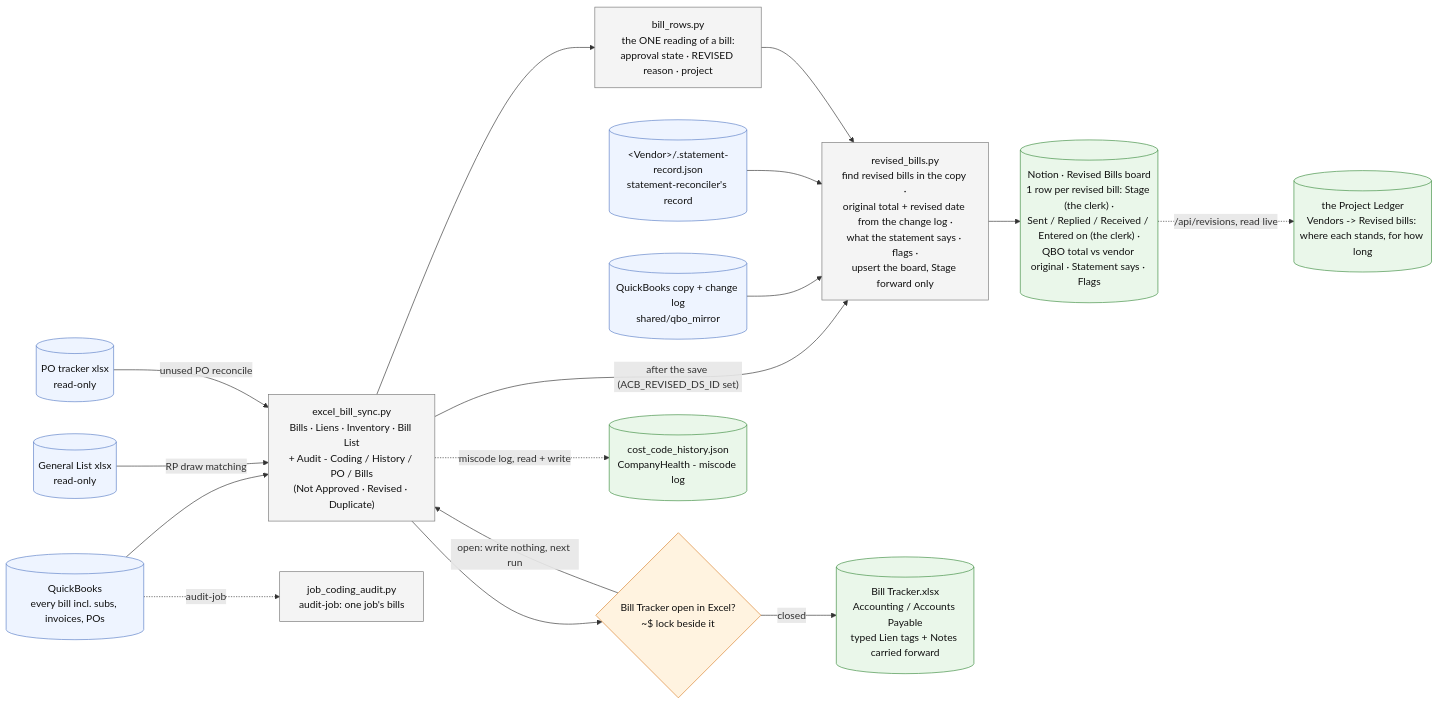
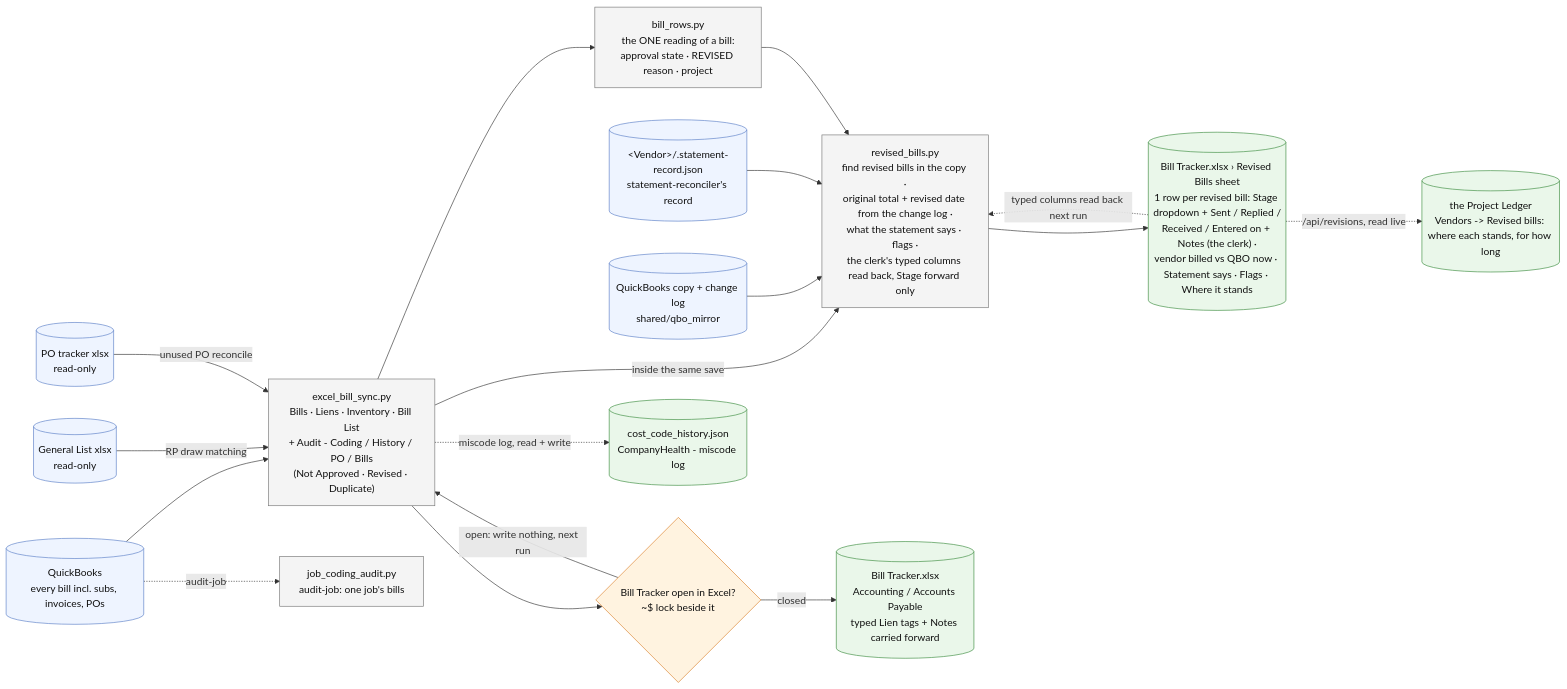
One commit to Ecarlo-Proficient/Claude-Report changed the diagram in bill-tracker/FLOW.md. Above: the diagram before and after it, drawn with Mermaid. The commit also changed other lines of this file and 15 other files, not shown here.

First line of the commit message:
bill-tracker + shared + ledger: the REVISED-bill process lives in the Bill Tracker (owner: "keep the process in the Excel, forget about Notion - it's only the Excel")

````diff
--- a/bill-tracker/FLOW.md
+++ b/bill-tracker/FLOW.md
@@ -8,39 +8,40 @@
 ```mermaid
 flowchart LR
     classDef src fill:#eef4ff,stroke:#5b7fc7,color:#111
     classDef tool fill:#f4f4f4,stroke:#777,color:#111
     classDef gate fill:#fff3e0,stroke:#d9822b,color:#111
     classDef out fill:#eaf7ea,stroke:#3c8d40,color:#111
 
     QBO[("QuickBooks<br/>every bill incl. subs, invoices, POs")]:::src
     MIR[("QuickBooks copy + change log<br/>shared/qbo_mirror")]:::src
     GL[("General List xlsx<br/>read-only")]:::src
     POT[("PO tracker xlsx<br/>read-only")]:::src
     SREC[("&lt;Vendor&gt;/.statement-record.json<br/>statement-reconciler's record")]:::src
     LOCK{"Bill Tracker open in Excel?<br/>~$ lock beside it"}:::gate
 
     BT["excel_bill_sync.py<br/>Bills · Liens · Inventory · Bill List<br/>+ Audit - Coding / History / PO / Bills<br/>(Not Approved · Revised · Duplicate)"]:::tool
     BR["bill_rows.py<br/>the ONE reading of a bill:<br/>approval state · REVISED reason · project"]:::tool
-    RV["revised_bills.py<br/>find revised bills in the copy ·<br/>original total + revised date from the change log ·<br/>what the statement says · flags ·<br/>upsert the board, Stage forward only"]:::tool
+    RV["revised_bills.py<br/>find revised bills in the copy ·<br/>original total + revised date from the change log ·<br/>what the statement says · flags ·<br/>the clerk's typed columns read back, Stage forward only"]:::tool
     JCA["job_coding_audit.py<br/>audit-job: one job's bills"]:::tool
 
     BX[("Bill Tracker.xlsx<br/>Accounting / Accounts Payable<br/>typed Lien tags + Notes carried forward")]:::out
     CCH[("cost_code_history.json<br/>CompanyHealth - miscode log")]:::out
-    NB[("Notion · Revised Bills board<br/>1 row per revised bill: Stage (the clerk) ·<br/>Sent / Replied / Received / Entered on (the clerk) ·<br/>QBO total vs vendor original · Statement says · Flags")]:::out
+    RVS[("Bill Tracker.xlsx › Revised Bills sheet<br/>1 row per revised bill: Stage dropdown + Sent / Replied /<br/>Received / Entered on + Notes (the clerk) ·<br/>vendor billed vs QBO now · Statement says · Flags · Where it stands")]:::out
     LEDGER[("the Project Ledger<br/>Vendors -> Revised bills: where each stands, for how long")]:::out
 
     QBO --> BT
     BT --> BR
     GL -- "RP draw matching" --> BT
     POT -- "unused PO reconcile" --> BT
     BT --> LOCK -- "closed" --> BX
     LOCK -- "open: write nothing, next run" --> BT
     BT -. "miscode log, read + write" .-> CCH
     QBO -. "audit-job" .-> JCA
-    BT -- "after the save (ACB_REVISED_DS_ID set)" --> RV
+    BT -- "inside the same save" --> RV
     MIR --> RV
     SREC --> RV
     BR --> RV
-    RV --> NB
-    NB -. "/api/revisions, read live" .-> LEDGER
+    RV --> RVS
+    RVS -. "typed columns read back next run" .-> RV
+    RVS -. "/api/revisions, read live" .-> LEDGER
 ```
````
